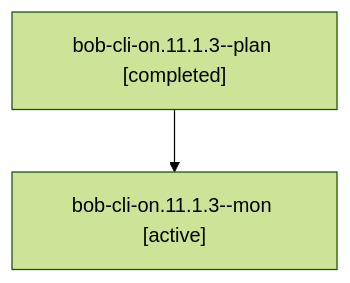
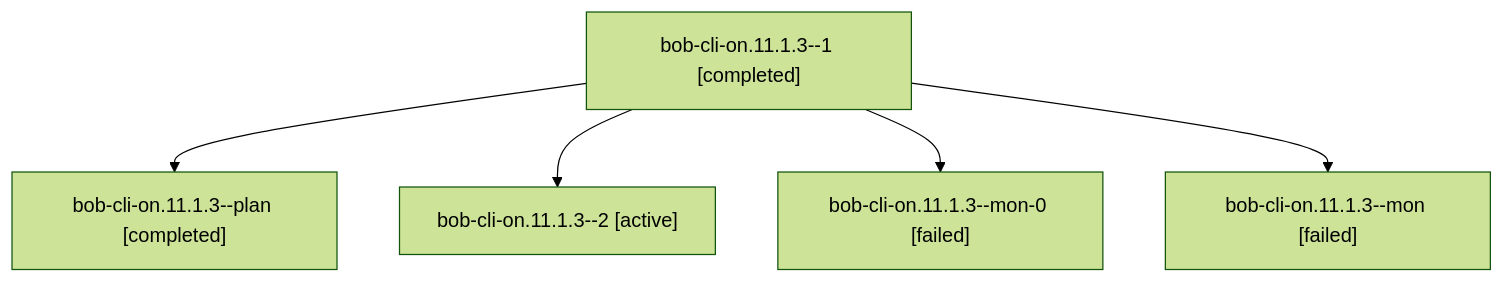
The diagram in sessions/bbugyi200.athena.bob-cli-on.11.1.3.md (bobs-org/bob-cli--agents), drawn with Mermaid (forest theme) before and after one commit. The commit also changed other lines of this file and 142 other files, not shown here.

````diff
--- a/sessions/bbugyi200.athena.bob-cli-on.11.1.3.md
+++ b/sessions/bbugyi200.athena.bob-cli-on.11.1.3.md
@@ -9,6 +9,12 @@
 ```mermaid
 flowchart TD
-  n0["bob-cli-on.11.1.3--plan [completed]"]
-  n1["bob-cli-on.11.1.3--mon [active]"]
+  n0["bob-cli-on.11.1.3--1 [completed]"]
+  n1["bob-cli-on.11.1.3--plan [completed]"]
   n0 --> n1
+  n2["bob-cli-on.11.1.3--2 [active]"]
+  n0 --> n2
+  n3["bob-cli-on.11.1.3--mon-0 [failed]"]
+  n0 --> n3
+  n4["bob-cli-on.11.1.3--mon [failed]"]
+  n0 --> n4
 ```
````
